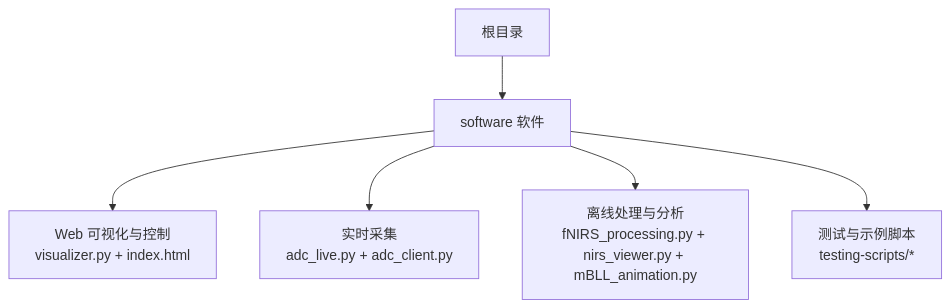
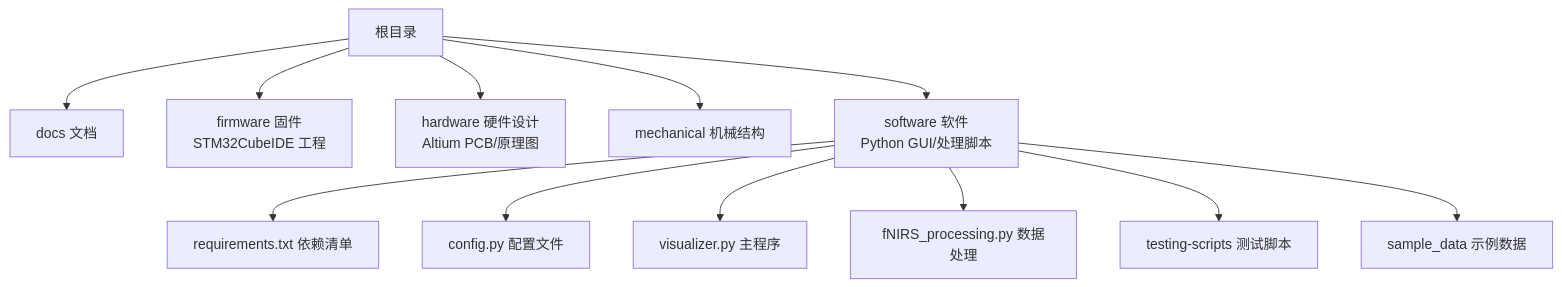
Before and after one commit to zhushizi/fNIRS-main: the first of 8 diagrams in .qoder/repowiki/zh/content/快速开始.md, drawn with Mermaid. The commit also changed other lines of this file and 84 other files, not shown here.

````diff
--- a/.qoder/repowiki/zh/content/快速开始.md
+++ b/.qoder/repowiki/zh/content/快速开始.md
@@ -46,8 +43,14 @@
 ```mermaid
 graph TB
-A["根目录"] --> E["software 软件"]
-E --> E1["Web 可视化与控制<br/>visualizer.py + index.html"]
-E --> E2["实时采集<br/>adc_live.py + adc_client.py"]
-E --> E3["离线处理与分析<br/>fNIRS_processing.py + nirs_viewer.py + mBLL_animation.py"]
-E --> E4["测试与示例脚本<br/>testing-scripts/*"]
+A["根目录"] --> B["docs 文档"]
+A --> C["firmware 固件<br/>STM32CubeIDE 工程"]
+A --> D["hardware 硬件设计<br/>Altium PCB/原理图"]
+A --> E["mechanical 机械结构"]
+A --> F["software 软件<br/>Python GUI/处理脚本"]
+F --> F1["requirements.txt 依赖清单"]
+F --> F2["config.py 配置文件"]
+F --> F3["visualizer.py 主程序"]
+F --> F4["fNIRS_processing.py 数据处理"]
+F --> F5["testing-scripts 测试脚本"]
+F --> F6["sample_data 示例数据"]
 ```
````
